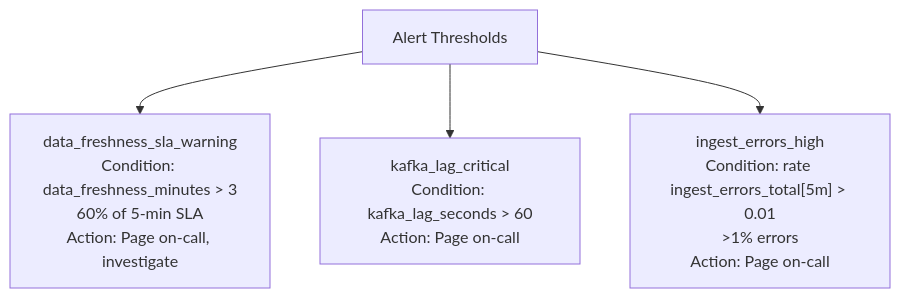
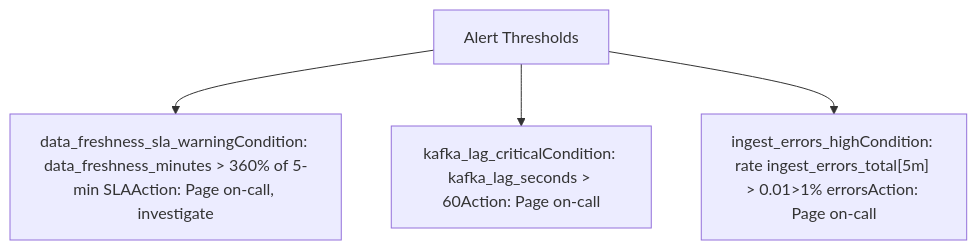
Before and after one commit to naren-chakraview/chakraview-fintech-data-mesh: the seventh of 8 diagrams in docs/production/troubleshooting.md, drawn with Mermaid. The commit also changed other lines of this file and 9 other files, not shown here.

Commit message:
fix: remove HTML br tags from mermaid diagrams and fix diagram syntax for v11 compatibility

````diff
--- a/docs/production/troubleshooting.md
+++ b/docs/production/troubleshooting.md
@@ -156,7 +156,7 @@
 ```mermaid
 graph TD
     A["Alert Thresholds"]
-    A --> A1["data_freshness_sla_warning<br/>Condition: data_freshness_minutes > 3<br/>60% of 5-min SLA<br/>Action: Page on-call, investigate"]
-    A --> A2["kafka_lag_critical<br/>Condition: kafka_lag_seconds > 60<br/>Action: Page on-call"]
-    A --> A3["ingest_errors_high<br/>Condition: rate ingest_errors_total[5m] > 0.01<br/>>1% errors<br/>Action: Page on-call"]
+    A --> A1["data_freshness_sla_warningCondition: data_freshness_minutes > 360% of 5-min SLAAction: Page on-call, investigate"]
+    A --> A2["kafka_lag_criticalCondition: kafka_lag_seconds > 60Action: Page on-call"]
+    A --> A3["ingest_errors_highCondition: rate ingest_errors_total[5m] > 0.01>1% errorsAction: Page on-call"]
 ```
````
